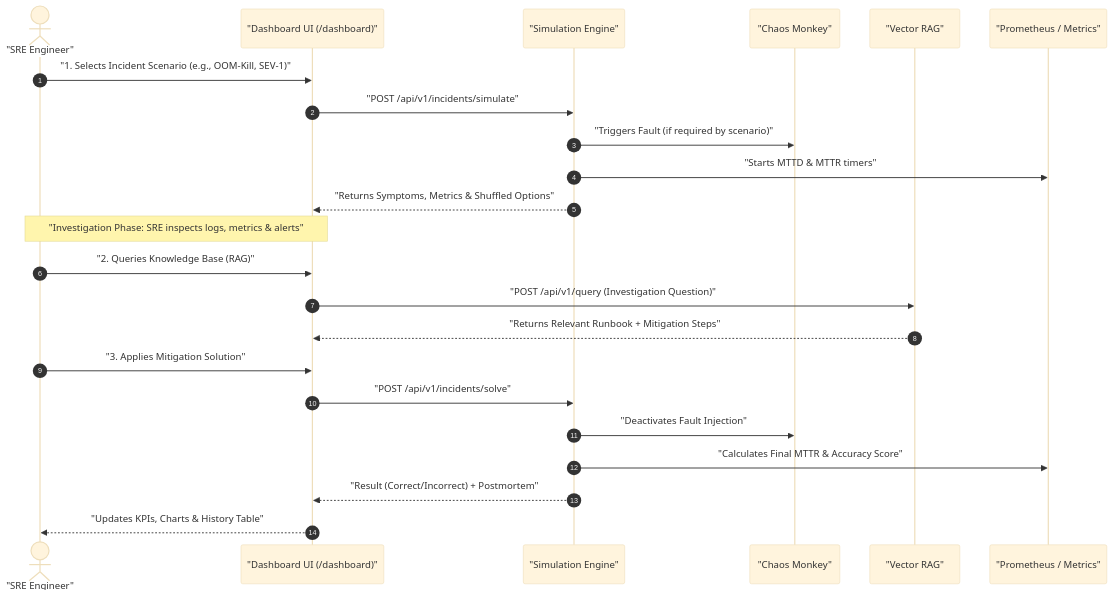
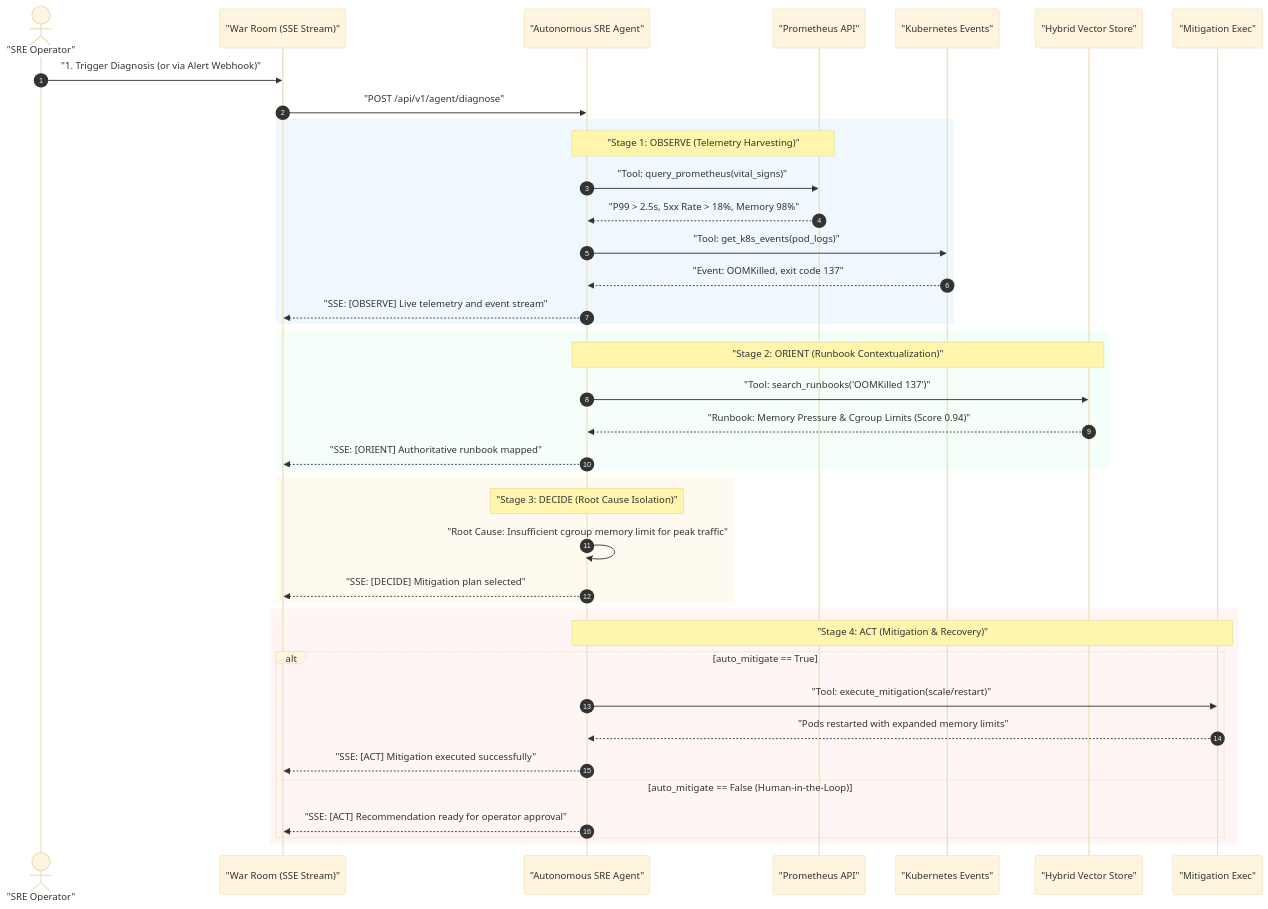
Before and after one commit to magnomct/sre_rag_agent: the sixth of 8 diagrams in README.md, drawn with Mermaid (base theme). The commit also changed other lines of this file, not shown here.

Commit message:
docs(v4.0): overhaul architecture diagrams, OODA flows, dual-layer chaos, and hybrid search in README

````diff
--- a/README.md
+++ b/README.md
@@ -626,29 +710,47 @@
 ```mermaid
 sequenceDiagram
     autonumber
-    actor SRE as "SRE Engineer"
-    participant Dash as "Dashboard UI (/dashboard)"
-    participant Sim as "Simulation Engine"
-    participant Chaos as "Chaos Monkey"
-    participant RAG as "Vector RAG"
-    participant Prom as "Prometheus / Metrics"
+    actor SRE as "SRE Operator"
+    participant Dash as "War Room (SSE Stream)"
+    participant Agent as "Autonomous SRE Agent"
+    participant Prom as "Prometheus API"
+    participant K8s as "Kubernetes Events"
+    participant RAG as "Hybrid Vector Store"
+    participant Action as "Mitigation Exec"
 
-    SRE->>Dash: "1. Selects Incident Scenario (e.g., OOM-Kill, SEV-1)"
-    Dash->>Sim: "POST /api/v1/incidents/simulate"
-    Sim->>Chaos: "Triggers Fault (if required by scenario)"
-    Sim->>Prom: "Starts MTTD & MTTR timers"
-    Sim-->>Dash: "Returns Symptoms, Metrics & Shuffled Options"
+    SRE->>Dash: "1. Trigger Diagnosis (or via Alert Webhook)"
+    Dash->>Agent: "POST /api/v1/agent/diagnose"
+    
+    rect rgb(240, 248, 255)
+    Note over Agent,Prom: "Stage 1: OBSERVE (Telemetry Harvesting)"
+    Agent->>Prom: "Tool: query_prometheus(vital_signs)"
+    Prom-->>Agent: "P99 > 2.5s, 5xx Rate > 18%, Memory 98%"
+    Agent->>K8s: "Tool: get_k8s_events(pod_logs)"
+    K8s-->>Agent: "Event: OOMKilled, exit code 137"
+    Agent-->>Dash: "SSE: [OBSERVE] Live telemetry and event stream"
+    end
 
-    Note over SRE,Dash: "Investigation Phase: SRE inspects logs, metrics & alerts"
+    rect rgb(245, 255, 250)
+    Note over Agent,RAG: "Stage 2: ORIENT (Runbook Contextualization)"
+    Agent->>RAG: "Tool: search_runbooks('OOMKilled 137')"
+    RAG-->>Agent: "Runbook: Memory Pressure & Cgroup Limits (Score 0.94)"
+    Agent-->>Dash: "SSE: [ORIENT] Authoritative runbook mapped"
+    end
 
-    SRE->>Dash: "2. Queries Knowledge Base (RAG)"
-    Dash->>RAG: "POST /api/v1/query (Investigation Question)"
-    RAG-->>Dash: "Returns Relevant Runbook + Mitigation Steps"
+    rect rgb(255, 250, 240)
+    Note over Agent: "Stage 3: DECIDE (Root Cause Isolation)"
+    Agent->>Agent: "Root Cause: Insufficient cgroup memory limit for peak traffic"
+    Agent-->>Dash: "SSE: [DECIDE] Mitigation plan selected"
+    end
 
-    SRE->>Dash: "3. Applies Mitigation Solution"
-    Dash->>Sim: "POST /api/v1/incidents/solve"
-    Sim->>Chaos: "Deactivates Fault Injection"
-    Sim->>Prom: "Calculates Final MTTR & Accuracy Score"
-    Sim-->>Dash: "Result (Correct/Incorrect) + Postmortem"
-    Dash-->>SRE: "Updates KPIs, Charts & History Table"
+    rect rgb(255, 245, 245)
+    Note over Agent,Action: "Stage 4: ACT (Mitigation & Recovery)"
+    alt auto_mitigate == True
+        Agent->>Action: "Tool: execute_mitigation(scale/restart)"
+        Action-->>Agent: "Pods restarted with expanded memory limits"
+        Agent-->>Dash: "SSE: [ACT] Mitigation executed successfully"
+    else auto_mitigate == False (Human-in-the-Loop)
+        Agent-->>Dash: "SSE: [ACT] Recommendation ready for operator approval"
+    end
+    end
 ```
````
